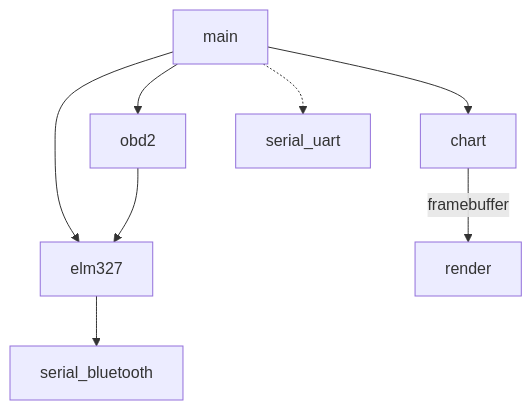
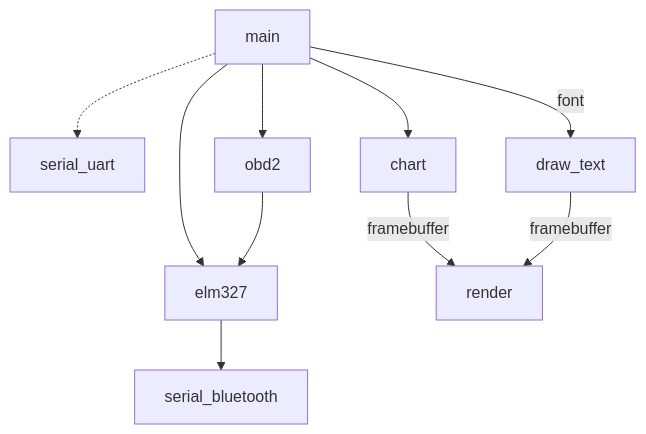
The diagram in README.org (8dcc/esp32-cyd-obd2), drawn with Mermaid before and after one commit.

Commit message:
README: Update architecture diagram to include 'draw_text' and 'font'

```diff
--- a/README.org
+++ b/README.org
@@ -58,13 +58,15 @@
 #+begin_src mermaid
 graph TD
   main --> elm327
   elm327 --> serial_bluetooth
+
+  main -.-> serial_uart
 
   main --> obd2
   obd2 --> elm327
 
   main --> chart
   chart -->|framebuffer| render
-
-  main -.-> serial_uart
+  main -->|font| draw_text
+  draw_text -->|framebuffer| render
 #+end_src
```
